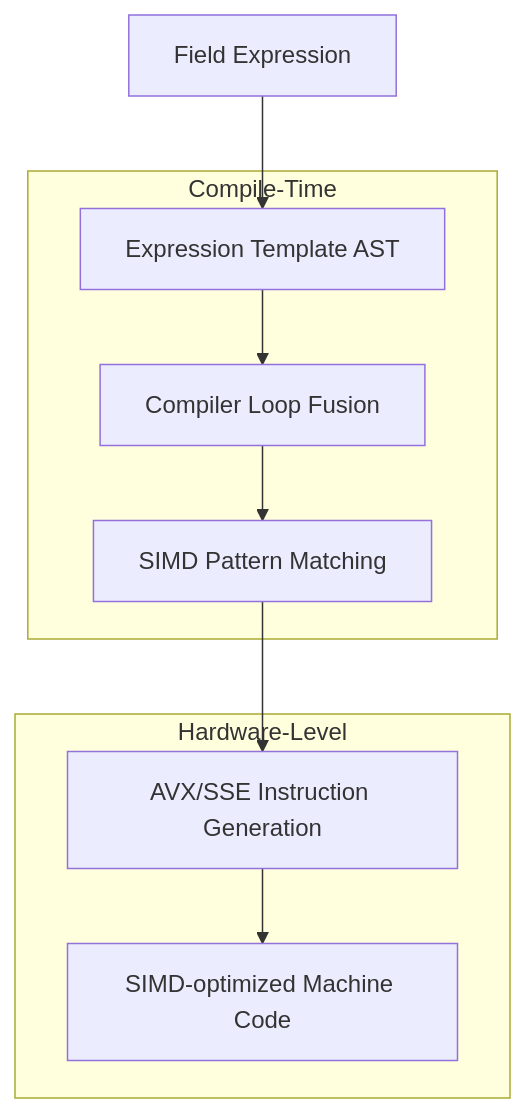
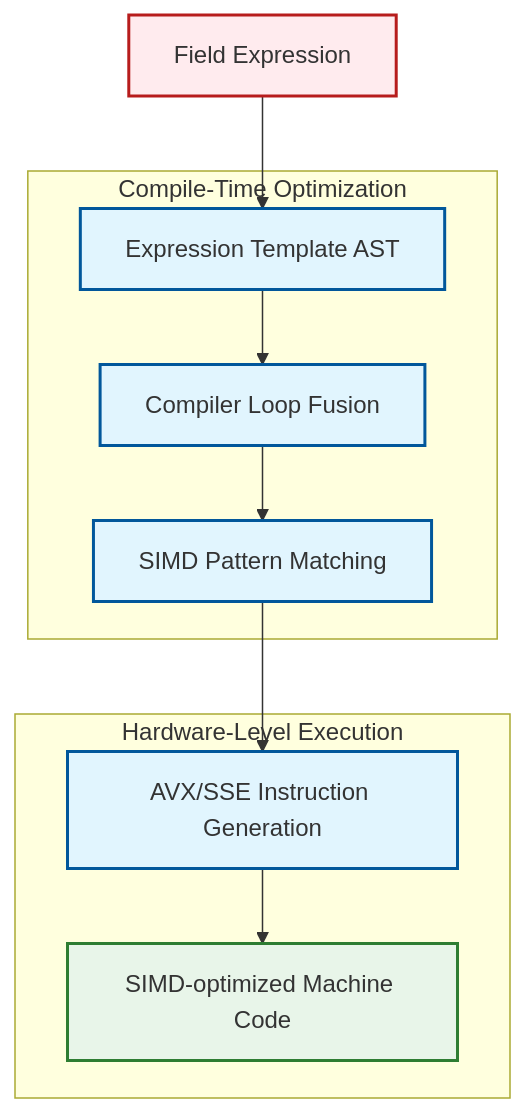
The diagram in MODULE_09_ADVANCED_TOPICS/CONTENT/05_PERFORMANCE_OPTIMIZATION/04_Compilation_and_Machine_Code.md (wramet/build-my-cfd), drawn with Mermaid before and after one commit. The commit also changed 313 other files, not shown here.

Commit message:
Revise all diagram

````diff
--- a/MODULE_09_ADVANCED_TOPICS/CONTENT/05_PERFORMANCE_OPTIMIZATION/04_Compilation_and_Machine_Code.md
+++ b/MODULE_09_ADVANCED_TOPICS/CONTENT/05_PERFORMANCE_OPTIMIZATION/04_Compilation_and_Machine_Code.md
@@ -160,19 +160,22 @@
 ```mermaid
 graph TD
-    A[Field Expression] --> B[Expression Template AST]
-    B --> C[Compiler Loop Fusion]
-    C --> D[SIMD Pattern Matching]
-    D --> E[AVX/SSE Instruction Generation]
-    E --> F[SIMD-optimized Machine Code]
+classDef implicit fill:#e1f5fe,stroke:#01579b,stroke-width:2px
+classDef explicit fill:#ffebee,stroke:#b71c1c,stroke-width:2px
+classDef success fill:#e8f5e9,stroke:#2e7d32,stroke-width:2px
+A[Field Expression]:::explicit --> B[Expression Template AST]:::implicit
+B --> C[Compiler Loop Fusion]:::implicit
+C --> D[SIMD Pattern Matching]:::implicit
+D --> E[AVX/SSE Instruction Generation]:::implicit
+E --> F[SIMD-optimized Machine Code]:::success
 
-    subgraph "Compile-Time"
-    B
-    C
-    D
-    end
+subgraph "Compile-Time Optimization"
+B
+C
+D
+end
 
-    subgraph "Hardware-Level"
-    E
-    F
-    end
+subgraph "Hardware-Level Execution"
+E
+F
+end
 ```
````
